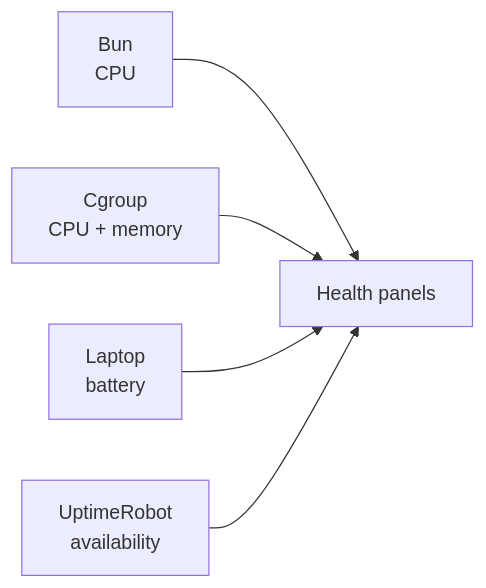
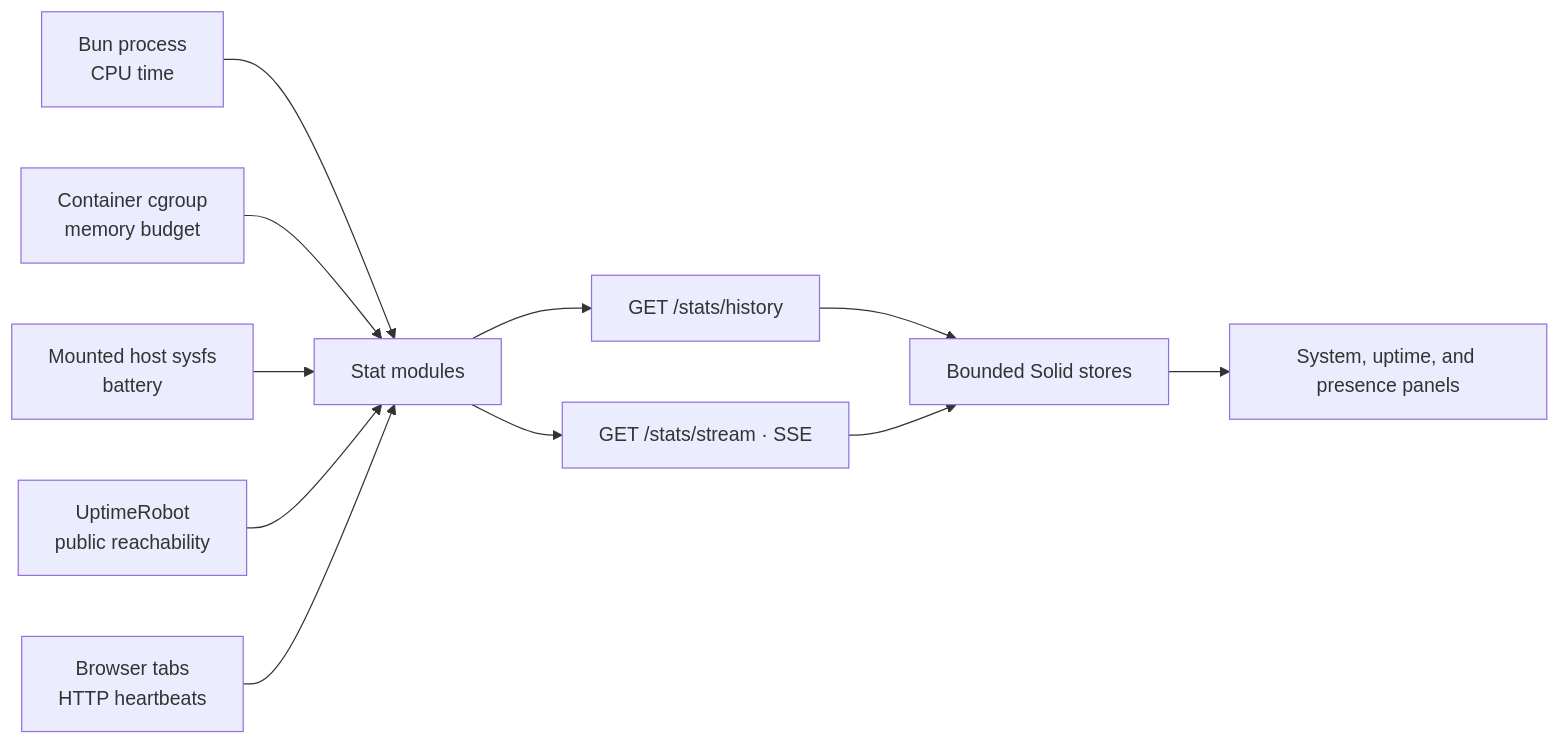
Before and after one commit to ErickCReis/ErickCReis: the diagram in web/content/blog/health-telemetry-from-the-real-runtime.mdx, drawn with Mermaid. The commit also changed other lines of this file and 33 other files, not shown here.

````diff
--- a/web/content/blog/health-telemetry-from-the-real-runtime.mdx
+++ b/web/content/blog/health-telemetry-from-the-real-runtime.mdx
@@ -16,7 +10,13 @@
 ```mermaid center
 flowchart LR
-  Process["Bun<br/>CPU"] --> Panels["Health panels"]
-  Cgroup["Cgroup<br/>CPU + memory"] --> Panels
-  Host["Laptop<br/>battery"] --> Panels
-  Outside["UptimeRobot<br/>availability"] --> Panels
+  Process["Bun process<br/>CPU time"] --> Stats["Stat modules"]
+  Cgroup["Container cgroup<br/>memory budget"] --> Stats
+  Host["Mounted host sysfs<br/>battery"] --> Stats
+  Outside["UptimeRobot<br/>public reachability"] --> Stats
+  Presence["Browser tabs<br/>HTTP heartbeats"] --> Stats
+  Stats --> Bootstrap["GET /stats/history"]
+  Stats --> Stream["GET /stats/stream · SSE"]
+  Bootstrap --> Stores["Bounded Solid stores"]
+  Stream --> Stores
+  Stores --> Panels["System, uptime, and presence panels"]
 ```
````
